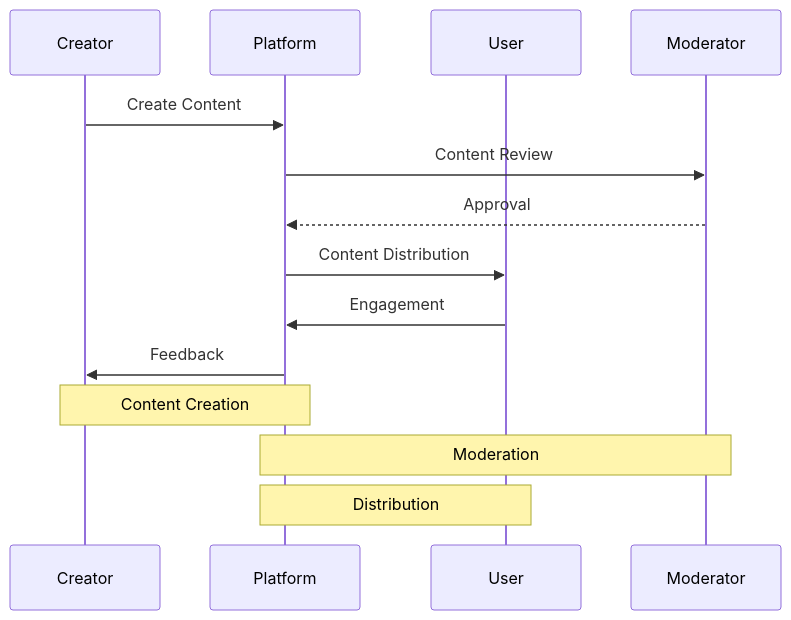
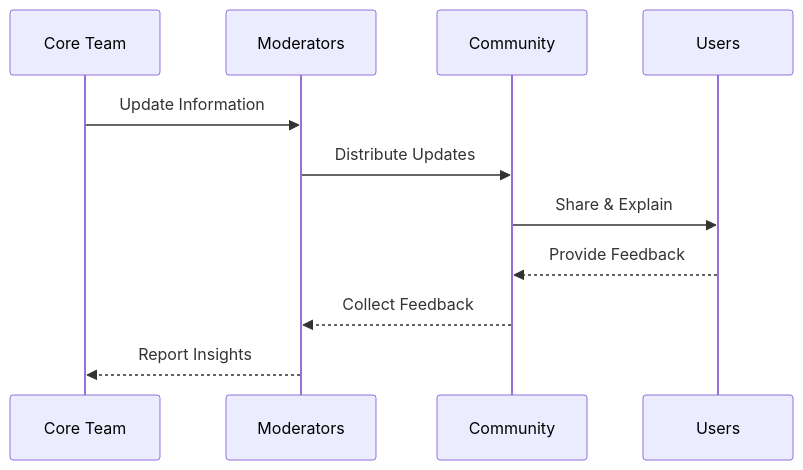
Before and after one commit to MEMEFANS/memefans: the ninth of 17 diagrams in docs/whitepaper/community-ecosystem.md, drawn with Mermaid. The commit also changed other lines of this file and 7 other files, not shown here.

```diff
--- a/docs/whitepaper/community-ecosystem.md
+++ b/docs/whitepaper/community-ecosystem.md
@@ -210,18 +162,14 @@
 <div class="mermaid">
 sequenceDiagram
-    participant C as Creator
-    participant P as Platform
-    participant U as User
-    participant M as Moderator
+    participant Team as Core Team
+    participant Mods as Moderators
+    participant Community as Community
+    participant Users as Users
     
-    C->>P: Create Content
-    P->>M: Content Review
-    M-->>P: Approval
-    P->>U: Content Distribution
-    U->>P: Engagement
-    P->>C: Feedback
-    
-    Note over C,P: Content Creation
-    Note over P,M: Moderation
-    Note over P,U: Distribution
+    Team->>Mods: Update Information
+    Mods->>Community: Distribute Updates
+    Community->>Users: Share & Explain
+    Users-->>Community: Provide Feedback
+    Community-->>Mods: Collect Feedback
+    Mods-->>Team: Report Insights
 </div>
```
